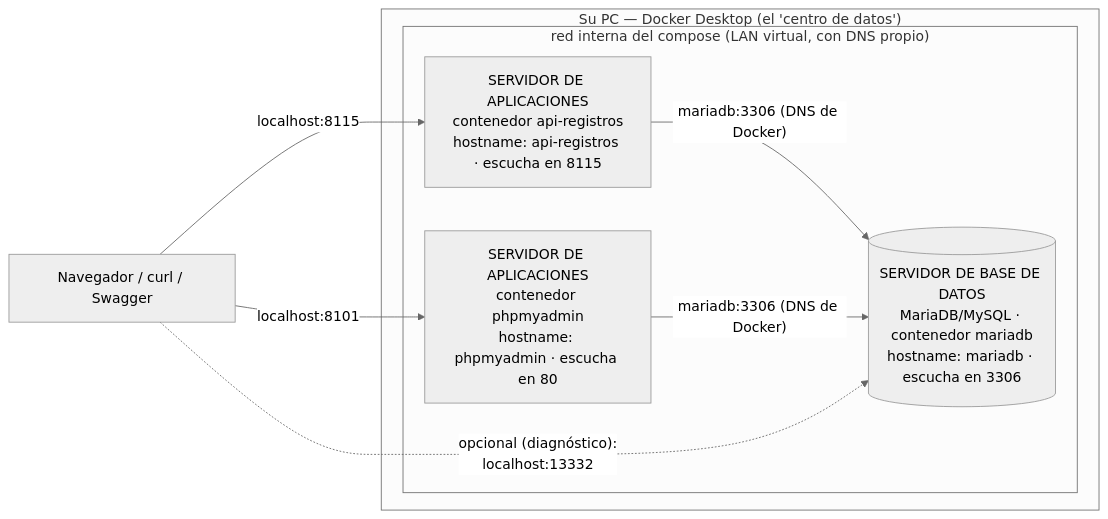
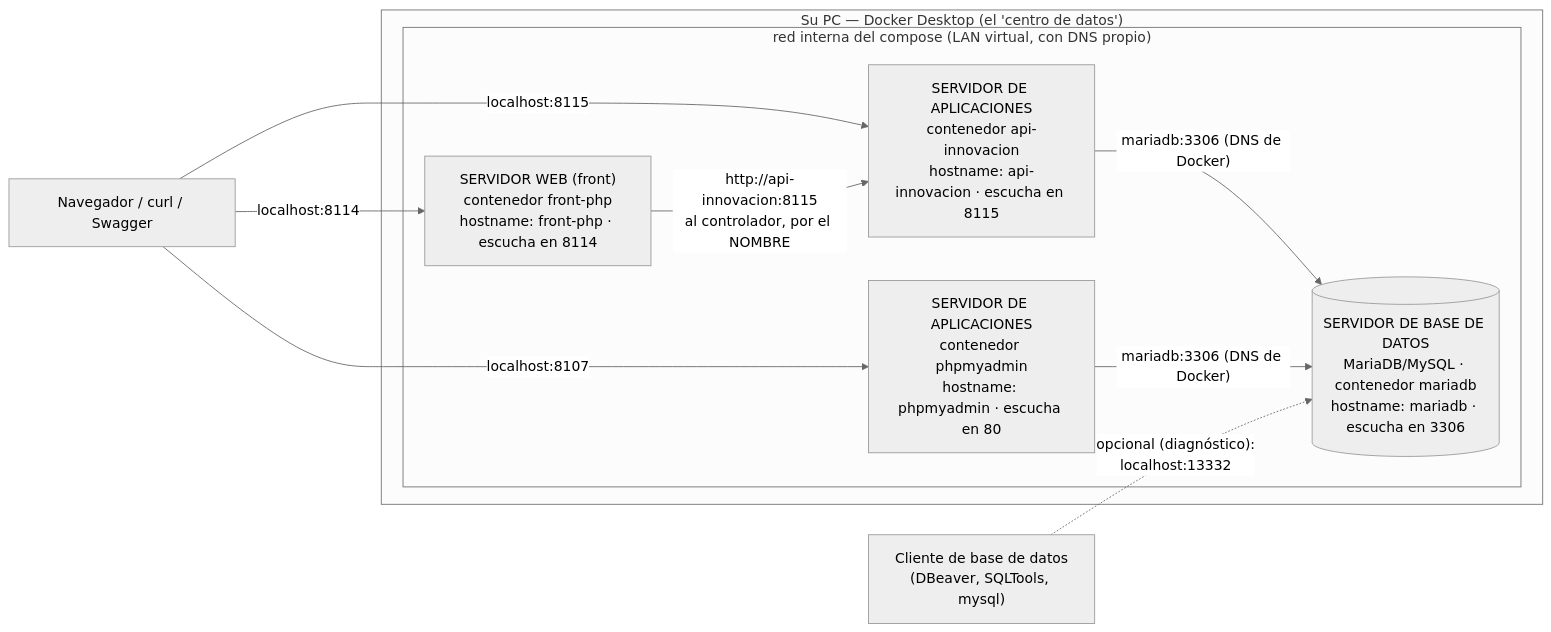
Before and after one commit to ccastro2050/proyecto_php_gestion_innovacion_curricular1: the first of 2 diagrams in docs/CONCEPTOS_DOCKER.md, drawn with Mermaid (neutral theme). The commit also changed other lines of this file, not shown here.

First line of the commit message:
docs(docker): el diagrama sale del docker-compose real, y ninguna flecha miente

````diff
--- a/docs/CONCEPTOS_DOCKER.md
+++ b/docs/CONCEPTOS_DOCKER.md
@@ -196,16 +196,20 @@
 ```mermaid
 flowchart LR
     NAV["Navegador / curl / Swagger"]
+    CLIENTE["Cliente de base de datos<br/>(DBeaver, SQLTools, mysql)"]
     subgraph PC["Su PC — Docker Desktop (el 'centro de datos')"]
         subgraph RED["red interna del compose (LAN virtual, con DNS propio)"]
-            APIFACTURAS["SERVIDOR DE APLICACIONES<br/>contenedor api-registros<br/>hostname: api-registros · escucha en 8115"]
+            FRONTPHP["SERVIDOR WEB (front)<br/>contenedor front-php<br/>hostname: front-php · escucha en 8114"]
+            APIINNOVACION["SERVIDOR DE APLICACIONES<br/>contenedor api-innovacion<br/>hostname: api-innovacion · escucha en 8115"]
             PHPMYADMIN["SERVIDOR DE APLICACIONES<br/>contenedor phpmyadmin<br/>hostname: phpmyadmin · escucha en 80"]
             MARIADB[("SERVIDOR DE BASE DE DATOS<br/>MariaDB/MySQL · contenedor mariadb<br/>hostname: mariadb · escucha en 3306")]
         end
     end
-    NAV -->|"localhost:8115"| APIFACTURAS
-    NAV -->|"localhost:8101"| PHPMYADMIN
-    APIFACTURAS -->|"mariadb:3306 (DNS de Docker)"| MARIADB
+    NAV -->|"localhost:8115"| APIINNOVACION
+    NAV -->|"localhost:8114"| FRONTPHP
+    NAV -->|"localhost:8107"| PHPMYADMIN
+    APIINNOVACION -->|"mariadb:3306 (DNS de Docker)"| MARIADB
+    FRONTPHP -->|"http://api-innovacion:8115<br/>al controlador, por el NOMBRE"| APIINNOVACION
     PHPMYADMIN -->|"mariadb:3306 (DNS de Docker)"| MARIADB
-    NAV -.->|"opcional (diagnóstico):<br/>localhost:13332"| MARIADB
+    CLIENTE -.->|"opcional (diagnóstico):<br/>localhost:13332"| MARIADB
 ```
````
